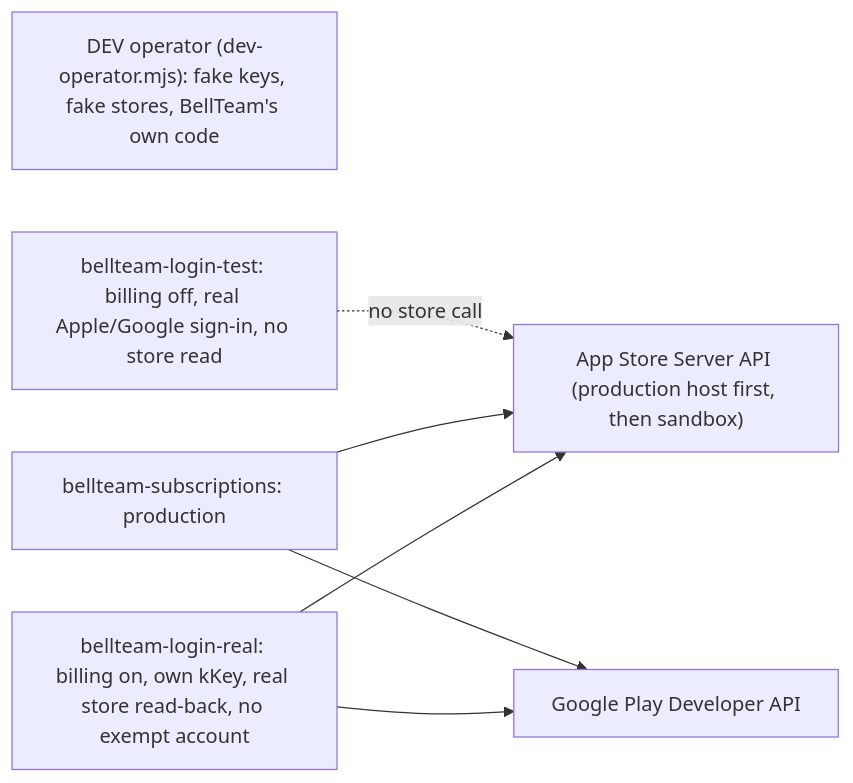
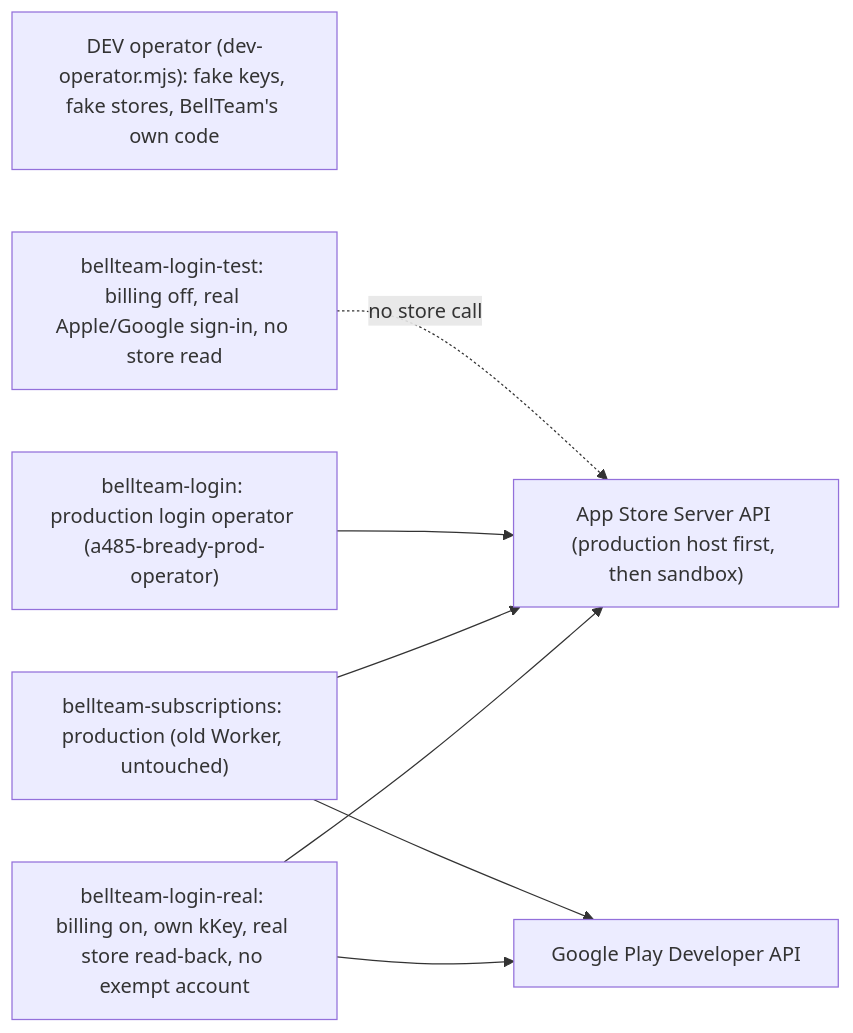
One commit to kitepon/BellTeam changed the second of 2 diagrams in services/subscriptions/README.md. Above: the diagram before and after it, drawn with Mermaid. The commit also changed other lines of this file and 1 other file, not shown here.

Commit message:
a485-bready-prod-operator: production login operator env prod (bellteam-login.kitepon.dev), billing store, own kKey

````diff
--- a/services/subscriptions/README.md
+++ b/services/subscriptions/README.md
@@ -67,14 +67,16 @@
 ```mermaid
 flowchart LR
   Dev["DEV operator (dev-operator.mjs): fake keys, fake stores, BellTeam's own code"]
   Test["bellteam-login-test: billing off, real Apple/Google sign-in, no store read"]
   Real["bellteam-login-real: billing on, own kKey, real store read-back, no exempt account"]
-  Prod["bellteam-subscriptions: production"]
+  Prod["bellteam-subscriptions: production (old Worker, untouched)"]
+  Login["bellteam-login: production login operator (a485-bready-prod-operator)"]
   Apple["App Store Server API (production host first, then sandbox)"]
   Play["Google Play Developer API"]
   Real --> Apple
   Real --> Play
   Prod --> Apple
+  Login --> Apple
   Prod --> Play
   Test -.->|"no store call"| Apple
 ```
````
